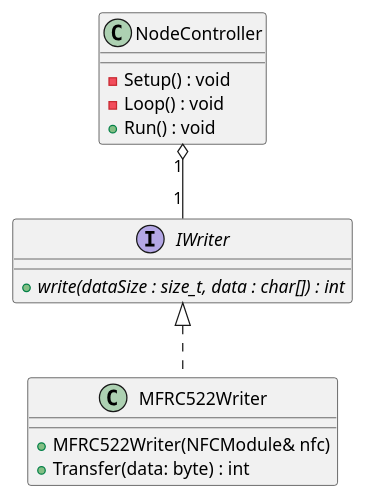
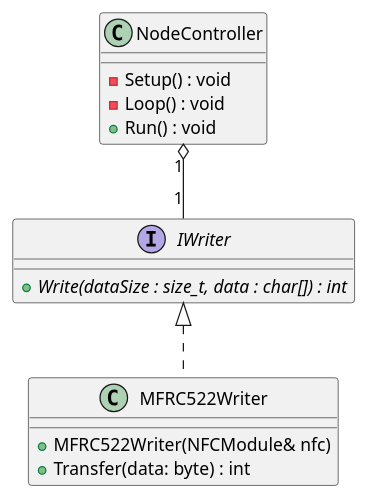
Before and after one commit to T3-FindIt/FindIt: the second of 4 diagrams in Designs/Arduino nano/Design.wsd, drawn with PlantUML. The commit also changed other lines of this file and 4 other files, not shown here.

```diff
--- a/Designs/Arduino nano/Design.wsd
+++ b/Designs/Arduino nano/Design.wsd
@@ -78,23 +86,23 @@
 @startuml
 
 Class NodeController
 {
     {method} - Setup() : void 
     {method} - Loop() : void
     {method} + Run() : void
 }
 
 interface IWriter {
-    {abstract} + write(dataSize : size_t, data : char[]) : int
+    {abstract} + Write(dataSize : size_t, data : char[]) : int
 }
 
 class MFRC522Writer {
     {method}  + MFRC522Writer(NFCModule& nfc)
     {method} + Transfer(data: byte) : int
 }
 
 NodeController "1" o-- "1" IWriter
 
 IWriter <|.. MFRC522Writer
 
 @enduml
```
